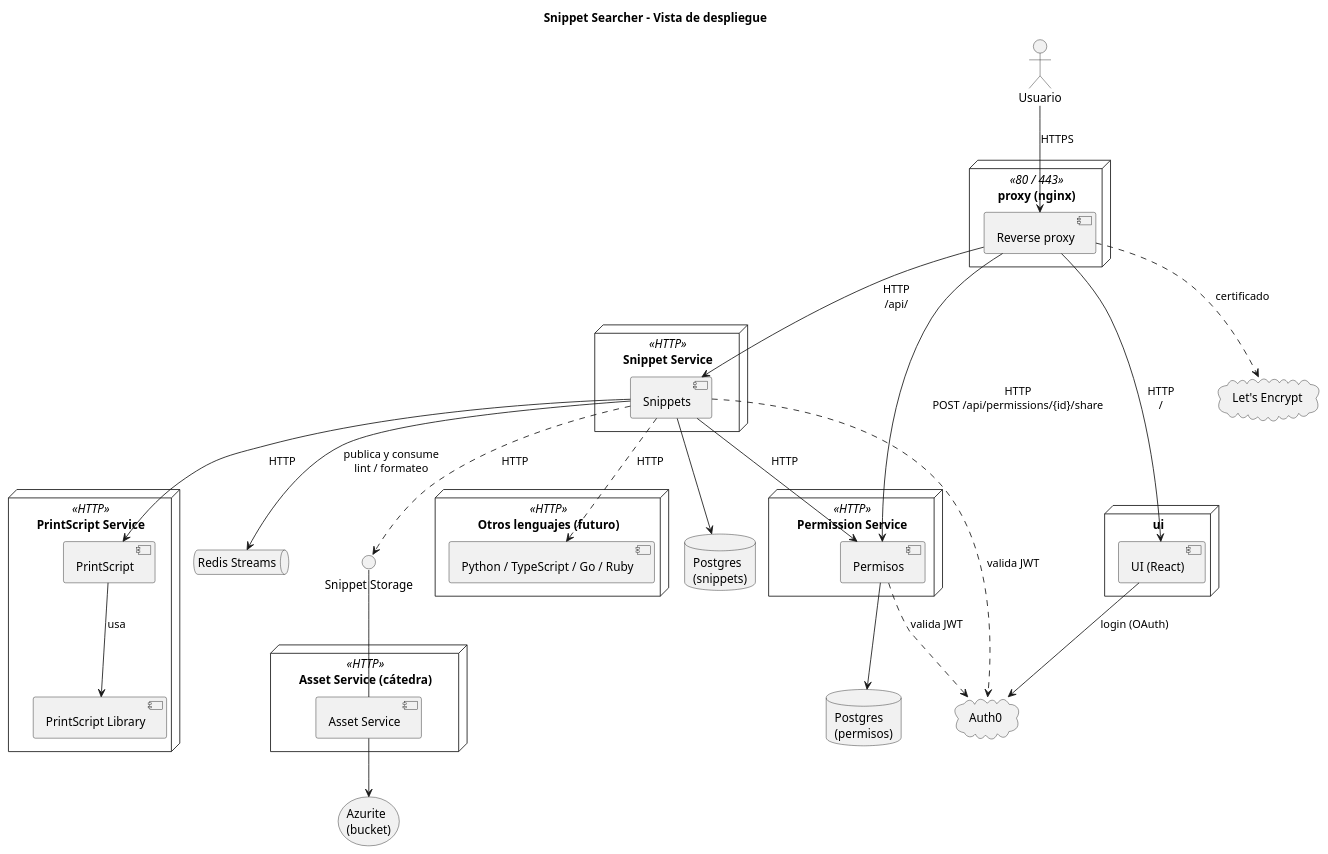
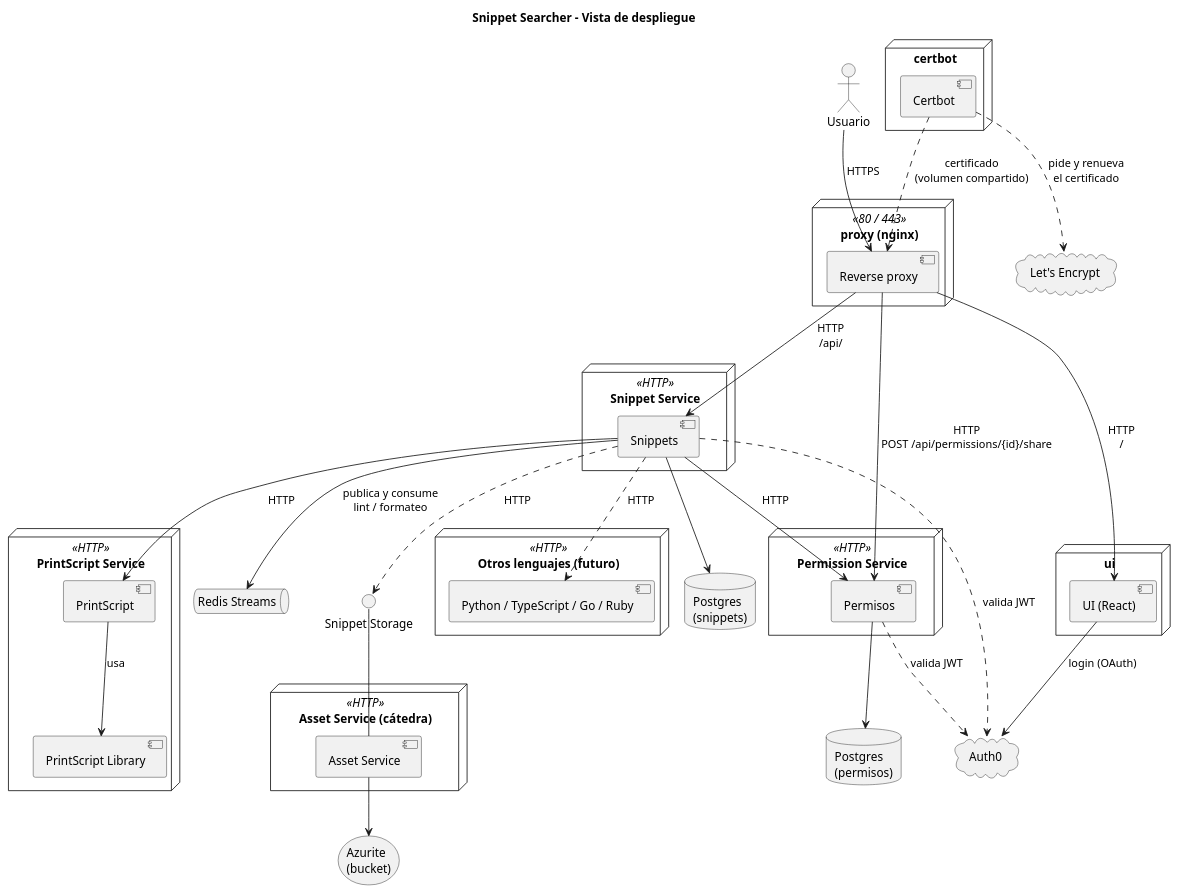
The diagram in docs/diagramas/componentes-despliegue.puml (MartinaCousido/SnippetSearcher), drawn with PlantUML before and after one commit. The commit also changed 6 other files, not shown here.

First line of the commit message:
docs: actualiza los diagramas y la tabla de flujos

```diff
--- a/docs/diagramas/componentes-despliegue.puml
+++ b/docs/diagramas/componentes-despliegue.puml
@@ -1,75 +1,80 @@
 @startuml componentes-despliegue
 ' Vista de despliegue: cada módulo corre como un servicio independiente
 ' que expone una API HTTP, con su propia base de datos cuando la necesita.
 ' El código de los snippets se guarda en un bucket, no en Postgres.
 ' Solo Snippets usa el Snippet Storage: a los lenguajes les manda el código.
 ' Todo entra por el proxy (nginx), con HTTPS. Adentro de la red, HTTP.
 
 title Snippet Searcher - Vista de despliegue
 skinparam componentStyle uml2
 
 actor Usuario
 
 cloud "Auth0" as Auth0
 cloud "Let's Encrypt" as LE
 
 node "proxy (nginx)" <<80 / 443>> as ProxyNode {
   component "Reverse proxy" as Proxy
+}
+
+node "certbot" as CertbotNode {
+  component "Certbot" as Certbot
 }
 
 node "ui" as UINode {
   component "UI (React)" as UI
 }
 
 node "Permission Service" <<HTTP>> {
   component Permisos
 }
 database "Postgres\n(permisos)" as PermDB
 
 node "Snippet Service" <<HTTP>> {
   component Snippets
 }
 database "Postgres\n(snippets)" as SnipDB
 
 node "PrintScript Service" <<HTTP>> as PSNode {
   component PrintScript
   component "PrintScript Library" as PSLib
 }
 
 node "Otros lenguajes (futuro)" <<HTTP>> as OtrosNode {
   component "Python / TypeScript / Go / Ruby" as Otros
 }
 
 interface "Snippet Storage" as Storage
 node "Asset Service (cátedra)" <<HTTP>> {
   component "Asset Service" as BucketSvc
 }
 storage "Azurite\n(bucket)" as Bucket
 
 queue "Redis Streams" as Redis
 
 Usuario --> Proxy : HTTPS
 Proxy --> UI : HTTP\n/
 Proxy --> Snippets : HTTP\n/api/
 Proxy --> Permisos : HTTP\nPOST /api/permissions/{id}/share
-Proxy ..> LE : certificado
+Certbot ..> LE : pide y renueva\nel certificado
+Certbot ..> Proxy : certificado\n(volumen compartido)
 UI --> Auth0 : login (OAuth)
 
 Snippets --> Permisos : HTTP
 Snippets --> PrintScript : HTTP
 Snippets ..> Otros : HTTP
 Snippets --> SnipDB
 Permisos --> PermDB
 
 PrintScript --> PSLib : usa
 
 Snippets ..> Storage : HTTP
 Snippets --> Redis : publica y consume\nlint / formateo
 
 BucketSvc -up- Storage
 BucketSvc --> Bucket
 
 Snippets ..> Auth0 : valida JWT
 Permisos ..> Auth0 : valida JWT
 
 @enduml
```
